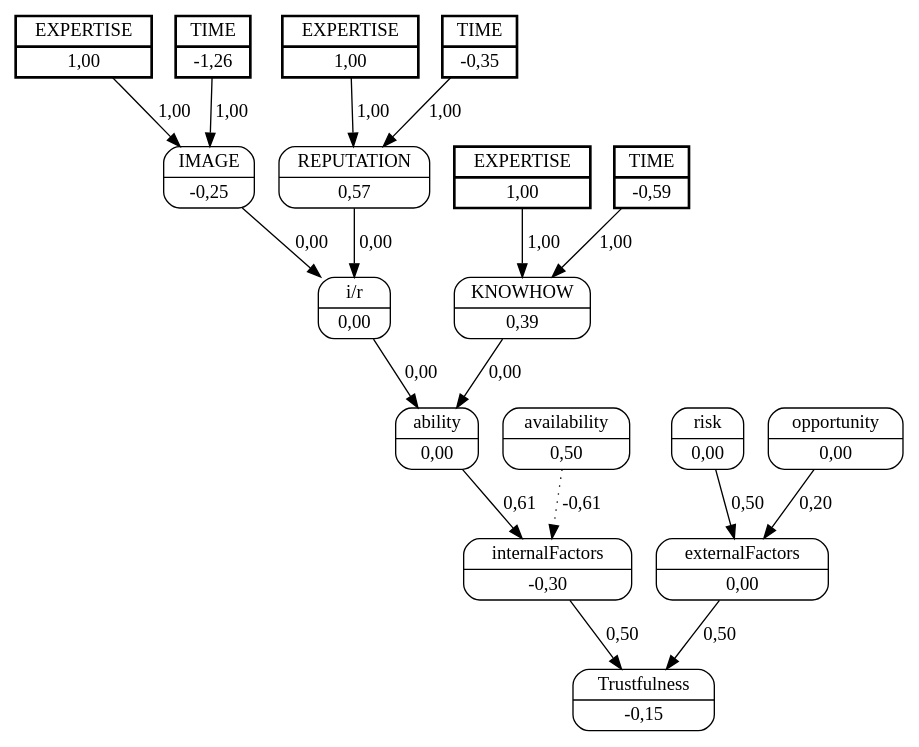
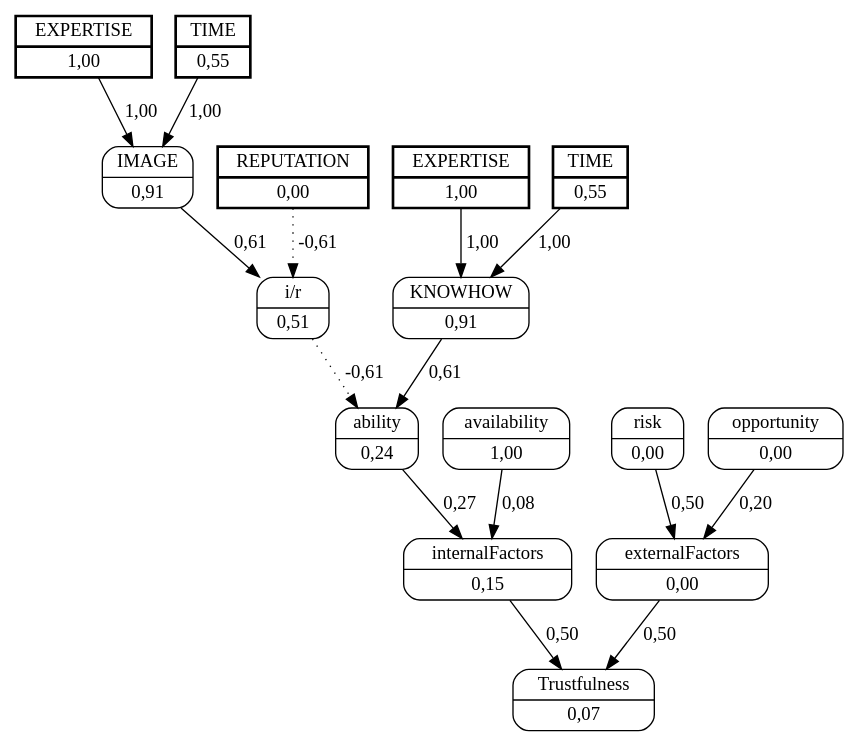
Before and after one commit to jjbaqueta/unload_experiment: the diagram in unload_boxes/dots/worker_2helper_3.dot, drawn with Graphviz. The commit also changed 61 other files, not shown here.

```diff
--- a/unload_boxes/dots/worker_2helper_3.dot
+++ b/unload_boxes/dots/worker_2helper_3.dot
@@ -1,38 +1,34 @@
 digraph FCM_net{
 	node [shape=record, style=rounded]
 	11 [label="{EXPERTISE | 1,00}", style=bold, penwidth=2, peripheries=2];
-	12 [label="{TIME | -1,26}", style=bold, penwidth=2, peripheries=2];
+	12 [label="{TIME | 0,55}", style=bold, penwidth=2, peripheries=2];
+	1 [label="{REPUTATION | 0,00}", style=bold, penwidth=2, peripheries=2];
 	13 [label="{EXPERTISE | 1,00}", style=bold, penwidth=2, peripheries=2];
-	14 [label="{TIME | -0,35}", style=bold, penwidth=2, peripheries=2];
-	15 [label="{EXPERTISE | 1,00}", style=bold, penwidth=2, peripheries=2];
-	16 [label="{TIME | -0,59}", style=bold, penwidth=2, peripheries=2];
-	0 [label="{IMAGE | -0,25}"];
-	1 [label="{REPUTATION | 0,57}"];
-	2 [label="{KNOWHOW | 0,39}"];
-	3 [label="{i/r | 0,00}"];
-	4 [label="{ability | 0,00}"];
-	5 [label="{availability | 0,50}"];
-	6 [label="{internalFactors | -0,30}"];
+	14 [label="{TIME | 0,55}", style=bold, penwidth=2, peripheries=2];
+	0 [label="{IMAGE | 0,91}"];
+	1 [label="{REPUTATION | 0,00}"];
+	2 [label="{KNOWHOW | 0,91}"];
+	3 [label="{i/r | 0,51}"];
+	4 [label="{ability | 0,24}"];
+	5 [label="{availability | 1,00}"];
+	6 [label="{internalFactors | 0,15}"];
 	7 [label="{risk | 0,00}"];
 	8 [label="{opportunity | 0,00}"];
 	9 [label="{externalFactors | 0,00}"];
-	10 [label="{Trustfulness | -0,15}"];
+	10 [label="{Trustfulness | 0,07}"];
 	11 [label="{EXPERTISE | 1,00}"];
-	13 [label="{EXPERTISE | 1,00}"];
-	0 -> 3 [label = "0,00"];
-	1 -> 3 [label = "0,00"];
-	3 -> 4 [label = "0,00"];
-	2 -> 4 [label = "0,00"];
-	4 -> 6 [label = "0,61"];
-	5 -> 6 [label = "-0,61", style=dotted];
+	0 -> 3 [label = "0,61"];
+	1 -> 3 [label = "-0,61", style=dotted];
+	3 -> 4 [label = "-0,61", style=dotted];
+	2 -> 4 [label = "0,61"];
+	4 -> 6 [label = "0,27"];
+	5 -> 6 [label = "0,08"];
 	6 -> 10 [label = "0,50"];
 	7 -> 9 [label = "0,50"];
 	8 -> 9 [label = "0,20"];
 	9 -> 10 [label = "0,50"];
 	11 -> 0 [label = "1,00"];
 	12 -> 0 [label = "1,00"];
-	13 -> 1 [label = "1,00"];
-	14 -> 1 [label = "1,00"];
-	15 -> 2 [label = "1,00"];
-	16 -> 2 [label = "1,00"];
+	13 -> 2 [label = "1,00"];
+	14 -> 2 [label = "1,00"];
 }
```
